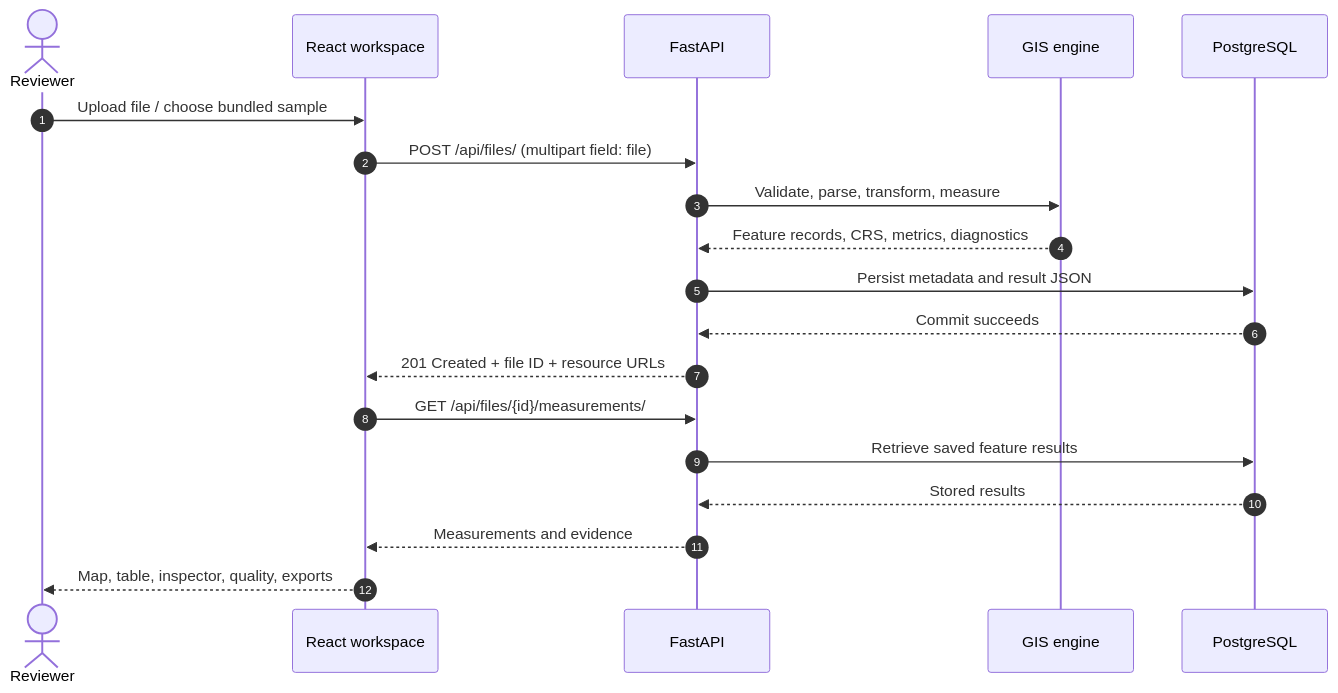
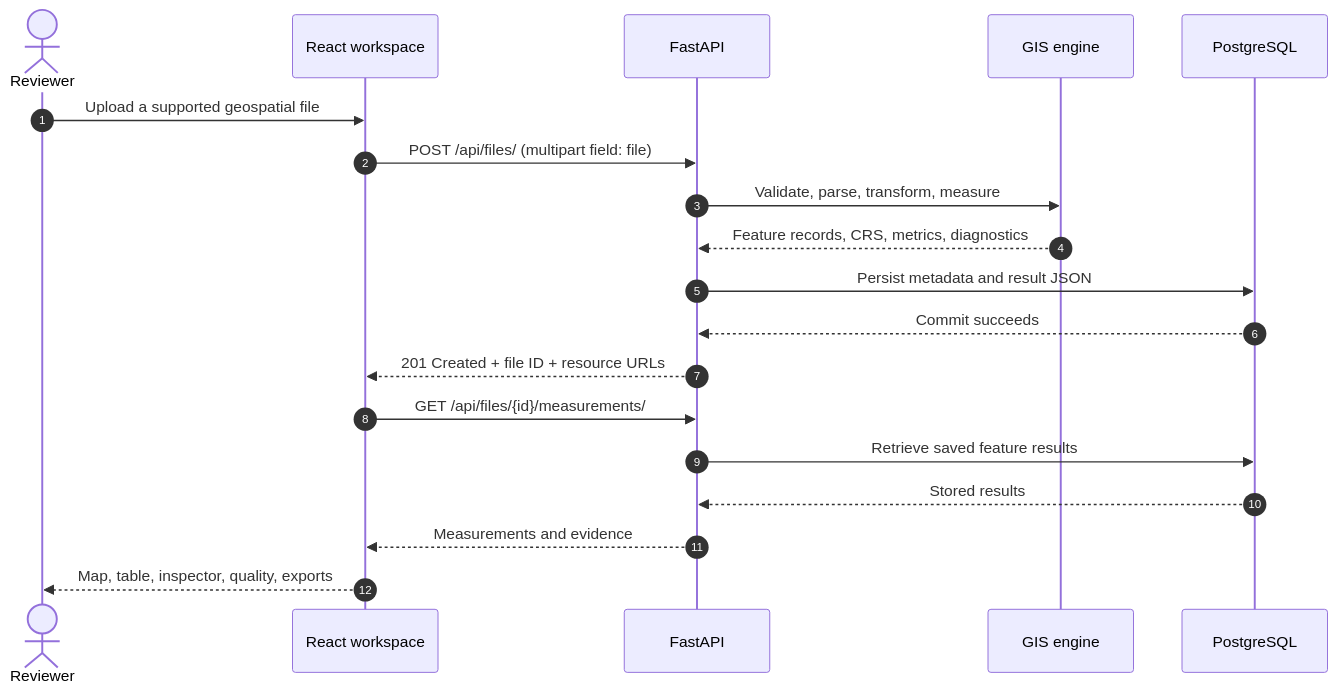
One commit to dhanushgowdars/Spatial-Asset-Management-Platform changed the second of 4 diagrams in README.md. Above: the diagram before and after it, drawn with Mermaid. The commit also changed other lines of this file, not shown here.

Commit message:
docs(aereo): allow reviewers to upload their own geospatial files

````diff
--- a/README.md
+++ b/README.md
@@ -187,21 +187,21 @@
 ```mermaid
 sequenceDiagram
     autonumber
     actor R as Reviewer
     participant UI as React workspace
     participant API as FastAPI
     participant GIS as GIS engine
     participant DB as PostgreSQL
-    R->>UI: Upload file / choose bundled sample
+    R->>UI: Upload a supported geospatial file
     UI->>API: POST /api/files/ (multipart field: file)
     API->>GIS: Validate, parse, transform, measure
     GIS-->>API: Feature records, CRS, metrics, diagnostics
     API->>DB: Persist metadata and result JSON
     DB-->>API: Commit succeeds
     API-->>UI: 201 Created + file ID + resource URLs
     UI->>API: GET /api/files/{id}/measurements/
     API->>DB: Retrieve saved feature results
     DB-->>API: Stored results
     API-->>UI: Measurements and evidence
     UI-->>R: Map, table, inspector, quality, exports
 ```
````
